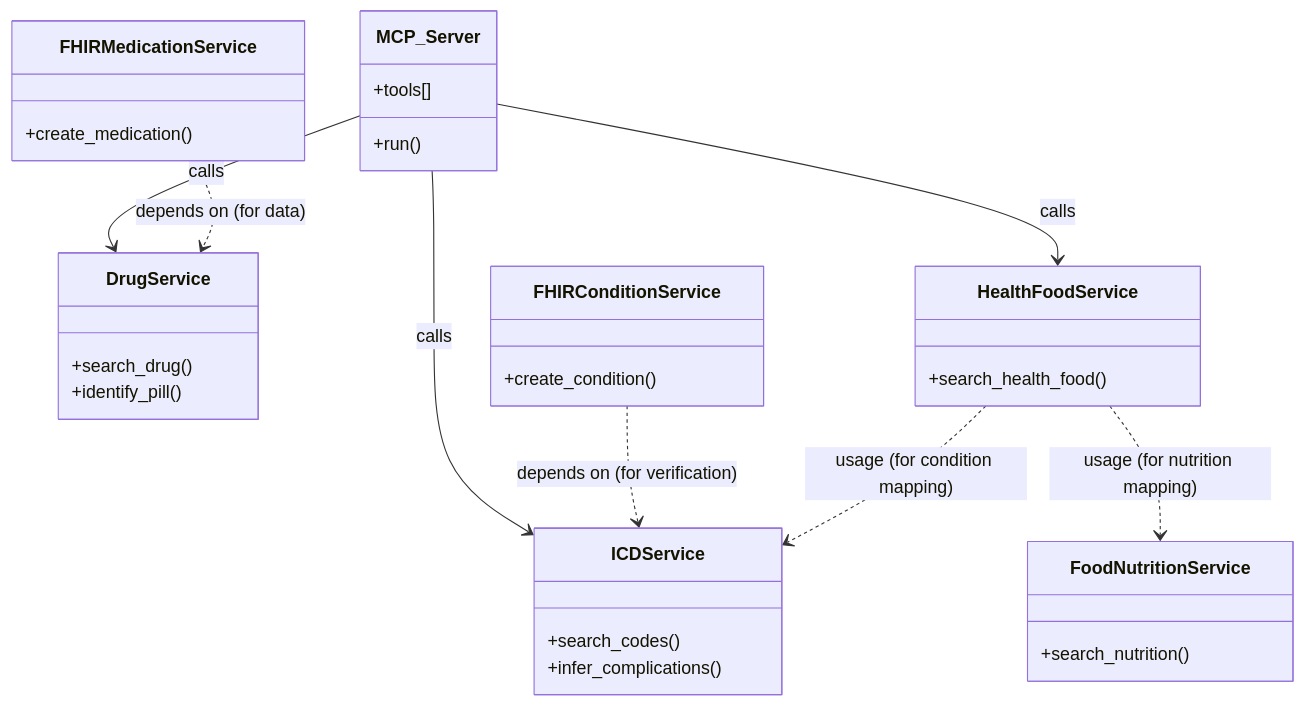
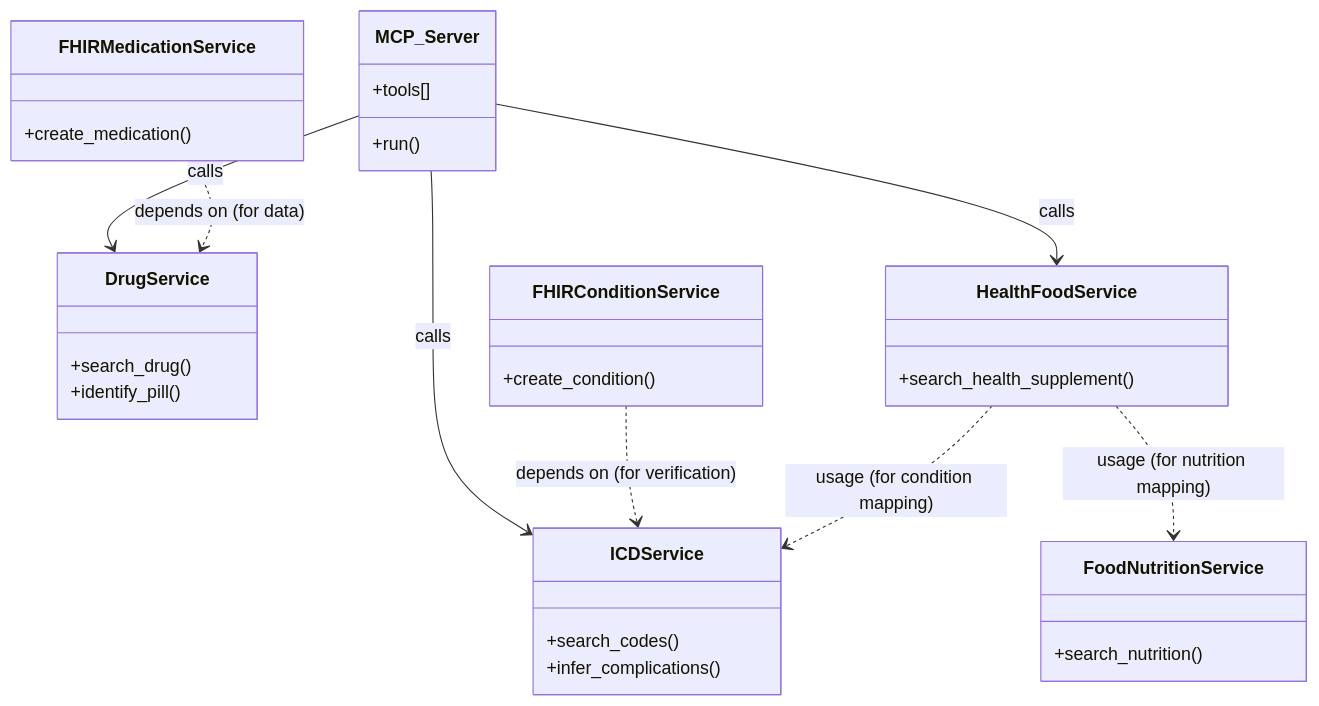
Before and after one commit to healthymind-tech/Taiwan-Health-MCP: the diagram in docs/architecture/module-relations.md, drawn with Mermaid. The commit also changed other lines of this file and 54 other files, not shown here.

````diff
--- a/docs/architecture/module-relations.md
+++ b/docs/architecture/module-relations.md
@@ -3,43 +3,43 @@
 ```mermaid
 classDiagram
     class MCP_Server {
         +run()
         +tools[]
     }
 
     class ICDService {
         +search_codes()
         +infer_complications()
     }
 
     class DrugService {
         +search_drug()
         +identify_pill()
     }
 
     class FHIRConditionService {
         +create_condition()
     }
 
     class FHIRMedicationService {
         +create_medication()
     }
     
     class FoodNutritionService {
         +search_nutrition()
     }
 
     class HealthFoodService {
-        +search_health_food()
+        +search_health_supplement()
     }
 
     MCP_Server --> ICDService : calls
     MCP_Server --> DrugService : calls
     MCP_Server --> HealthFoodService : calls
     
     FHIRConditionService ..> ICDService : depends on (for verification)
     FHIRMedicationService ..> DrugService : depends on (for data)
     
     HealthFoodService ..> ICDService : usage (for condition mapping)
     HealthFoodService ..> FoodNutritionService : usage (for nutrition mapping)
 ```
````
